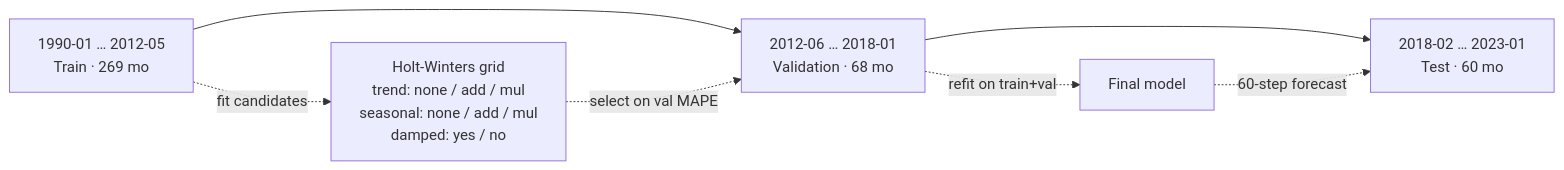
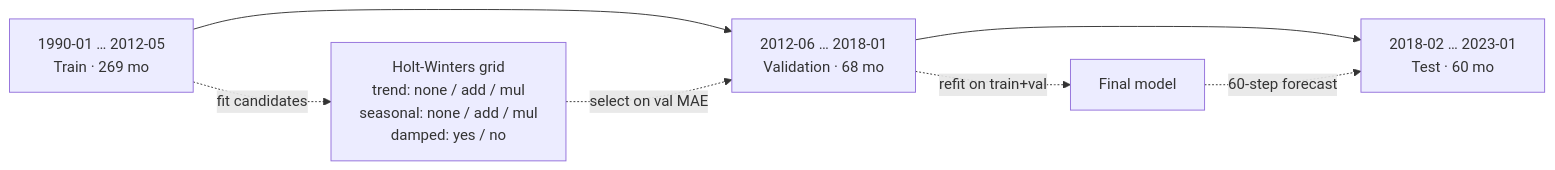
Before and after one commit to pufferfish3e/unsupervised-learning: the second of 2 diagrams in README.md, drawn with Mermaid. The commit also changed other lines of this file and 3 other files, not shown here.

````diff
--- a/README.md
+++ b/README.md
@@ -114,9 +120,9 @@
 ```mermaid
 flowchart LR
     A["1990-01 … 2012-05<br/>Train · 269 mo"] --> B["2012-06 … 2018-01<br/>Validation · 68 mo"]
     B --> C["2018-02 … 2023-01<br/>Test · 60 mo"]
     A -. fit candidates .-> M["Holt-Winters grid<br/>trend: none / add / mul<br/>seasonal: none / add / mul<br/>damped: yes / no"]
-    M -. select on val MAPE .-> B
+    M -. select on val MAE .-> B
     B -. refit on train+val .-> F[Final model]
     F -. 60-step forecast .-> C
 ```
````
